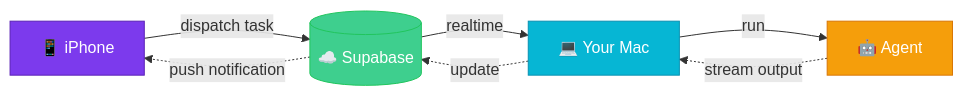
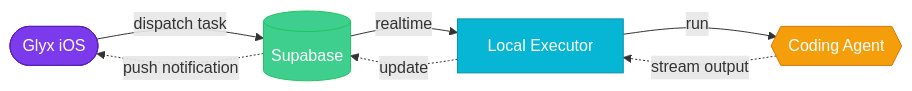
One commit to glyx-ai/glyx-mcp changed the diagram in README.md. Above: the diagram before and after it, drawn with Mermaid. The commit also changed other lines of this file, not shown here.

Commit message:
docs: clean diagram with classDef, remove emojis and Mac references

````diff
--- a/README.md
+++ b/README.md
@@ -73,14 +73,24 @@
 ```mermaid
-graph LR
-    A["📱 iPhone"] -- dispatch task --> B[("☁️ Supabase")]
-    B -- realtime --> C["💻 Your Mac"]
-    C -- run --> D["🤖 Agent"]
-    D -. stream output .-> C
-    C -. update .-> B
-    B -. push notification .-> A
+flowchart LR
+    phone(["Glyx iOS"])
+    db[("Supabase")]
+    exec["Local Executor"]
+    agent{{"Coding Agent"}}
 
-    style A fill:#7C3AED,stroke:#5B21B6,color:#fff
-    style B fill:#3ECF8E,stroke:#22c55e,color:#fff
-    style C fill:#06B6D4,stroke:#0891b2,color:#fff
-    style D fill:#F59E0B,stroke:#d97706,color:#fff
+    phone -->|dispatch task| db
+    db -->|realtime| exec
+    exec -->|run| agent
+    agent -.->|stream output| exec
+    exec -.->|update| db
+    db -.->|push notification| phone
+
+    classDef purple fill:#7C3AED,stroke:#5B21B6,color:#fff
+    classDef green fill:#3ECF8E,stroke:#22c55e,color:#fff
+    classDef cyan fill:#06B6D4,stroke:#0891b2,color:#fff
+    classDef amber fill:#F59E0B,stroke:#d97706,color:#fff
+
+    class phone purple
+    class db green
+    class exec cyan
+    class agent amber
 ```
````
